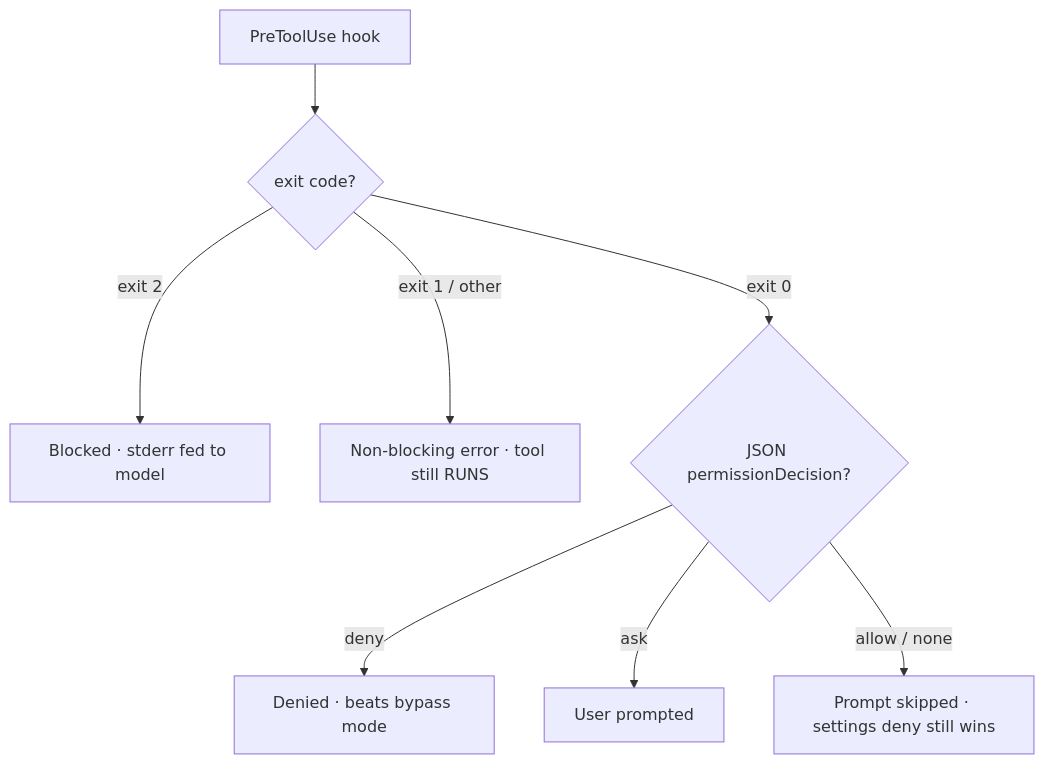
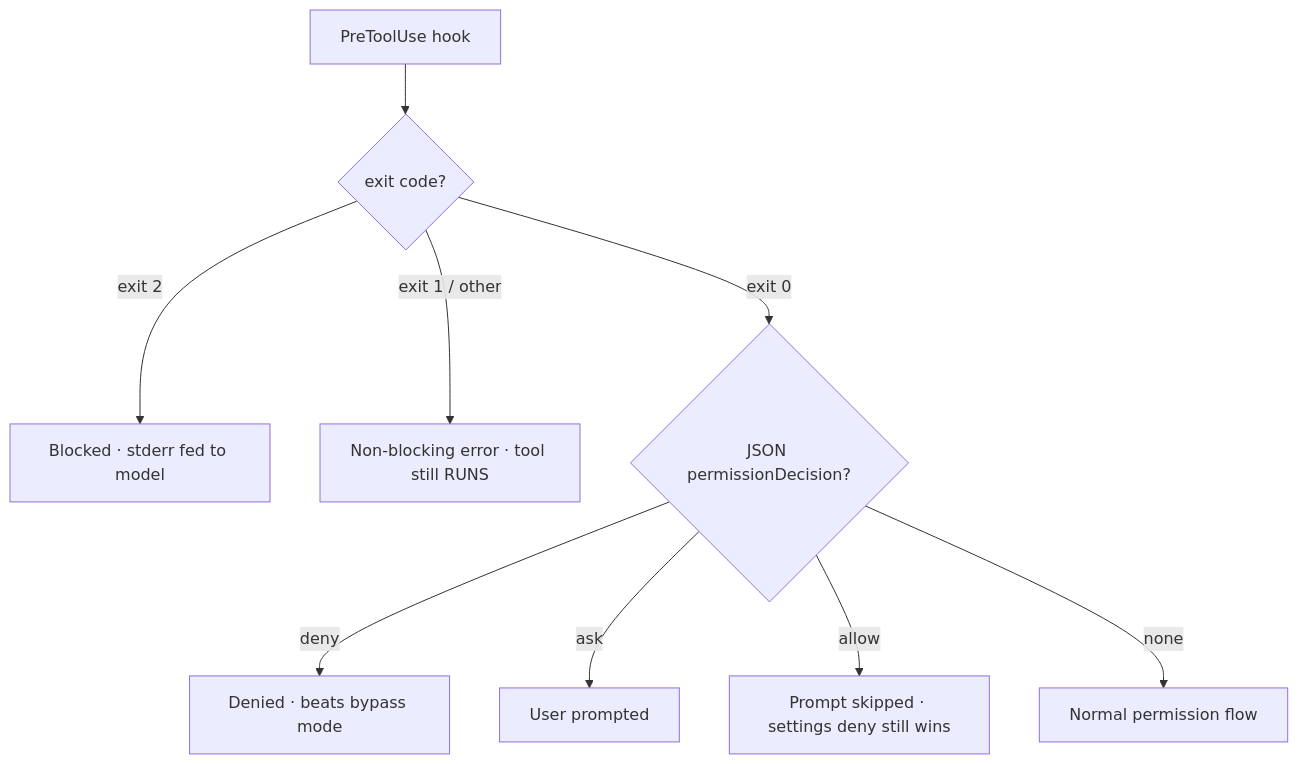
Before and after one commit to mcorbett51090/RavenClaude: the diagram in plugins/ravenclaude-core/knowledge/concepts/hook-lifecycle.md, drawn with Mermaid. The commit also changed other lines of this file and 242 other files, not shown here.

````diff
--- a/plugins/ravenclaude-core/knowledge/concepts/hook-lifecycle.md
+++ b/plugins/ravenclaude-core/knowledge/concepts/hook-lifecycle.md
@@ -24,12 +24,13 @@
 ```mermaid
 flowchart TD
   H[PreToolUse hook] --> EX{exit code?}
   EX -- "exit 2" --> BLOCK[Blocked · stderr fed to model]
   EX -- "exit 1 / other" --> NB[Non-blocking error · tool still RUNS]
   EX -- "exit 0" --> J{JSON permissionDecision?}
   J -- deny --> DEN[Denied · beats bypass mode]
   J -- ask --> ASK[User prompted]
-  J -- "allow / none" --> ALL[Prompt skipped · settings deny still wins]
-  class H,EX,J,NB,ASK,ALL fact
+  J -- allow --> ALL[Prompt skipped · settings deny still wins]
+  J -- none --> NORM[Normal permission flow]
+  class H,EX,J,NB,ASK,ALL,NORM fact
   class BLOCK,DEN built
 ```
````
